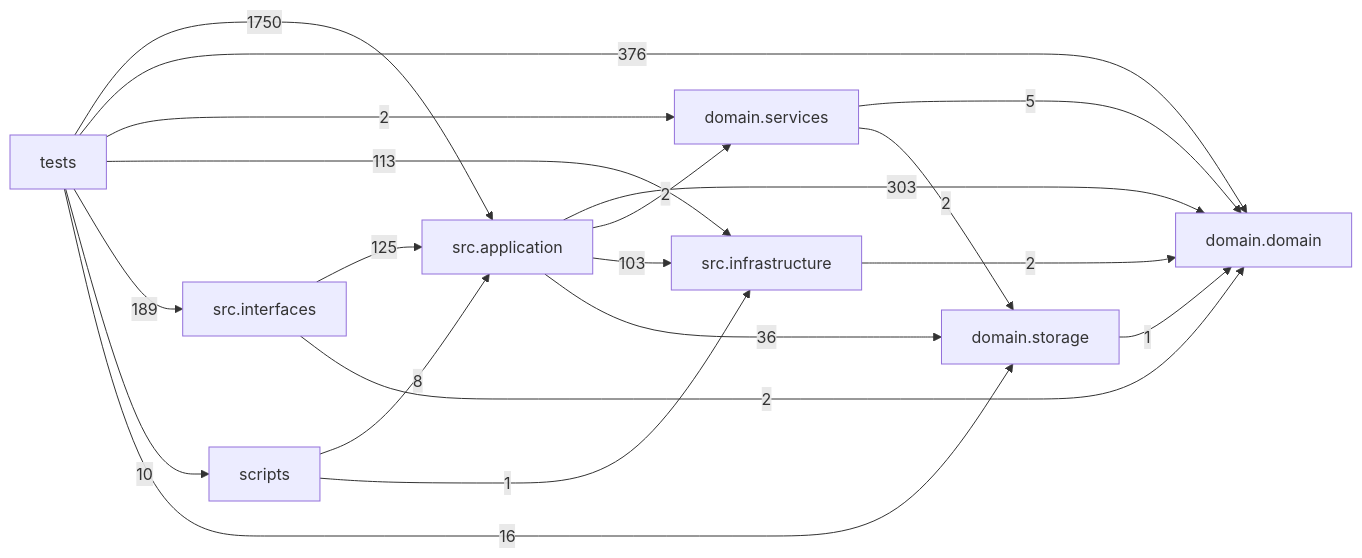
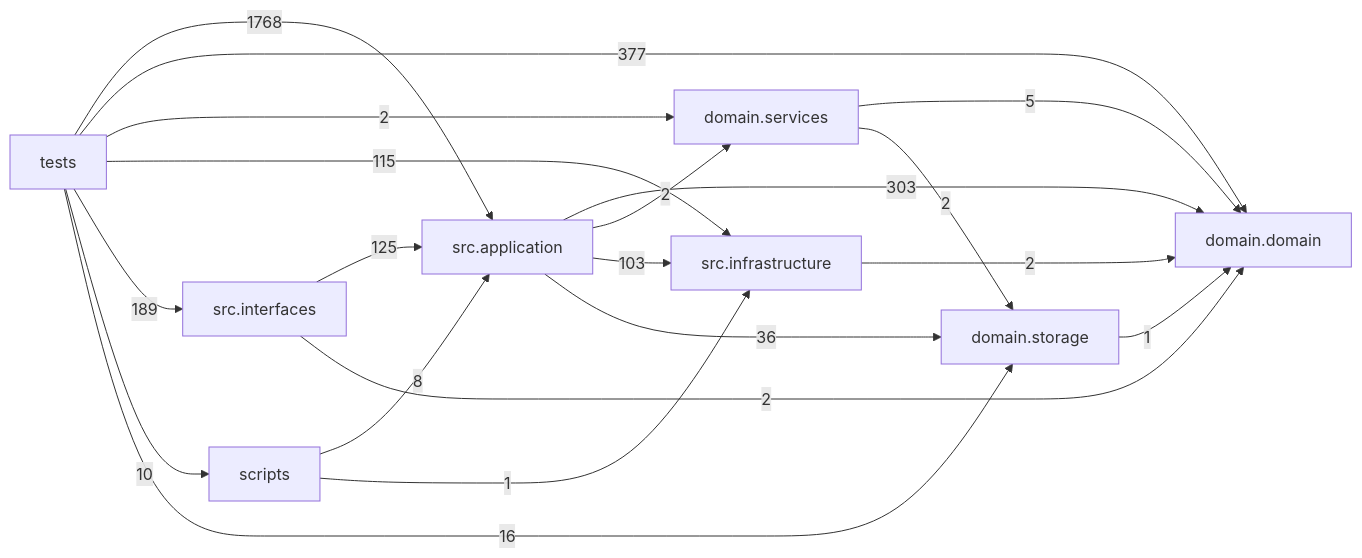
One commit to liuxie066/options-monitor changed the diagram in docs/DEPENDENCY_GRAPH.md. Above: the diagram before and after it, drawn with Mermaid. The commit also changed other lines of this file and 14 other files, not shown here.

````diff
--- a/docs/DEPENDENCY_GRAPH.md
+++ b/docs/DEPENDENCY_GRAPH.md
@@ -24,30 +24,30 @@
 ```mermaid
 flowchart LR
   tests["tests"]
   scripts["scripts"]
   interfaces["src.interfaces"]
   application["src.application"]
   infrastructure["src.infrastructure"]
   domain_services["domain.services"]
   domain["domain.domain"]
   storage["domain.storage"]
   application -->|303| domain
   application -->|2| domain_services
   application -->|103| infrastructure
   application -->|36| storage
   domain_services -->|5| domain
   domain_services -->|2| storage
   infrastructure -->|2| domain
   interfaces -->|125| application
   interfaces -->|2| domain
   scripts -->|8| application
   scripts -->|1| infrastructure
   storage -->|1| domain
-  tests -->|1750| application
-  tests -->|376| domain
+  tests -->|1768| application
+  tests -->|377| domain
   tests -->|2| domain_services
-  tests -->|113| infrastructure
+  tests -->|115| infrastructure
   tests -->|189| interfaces
   tests -->|10| scripts
   tests -->|16| storage
 ```
````
